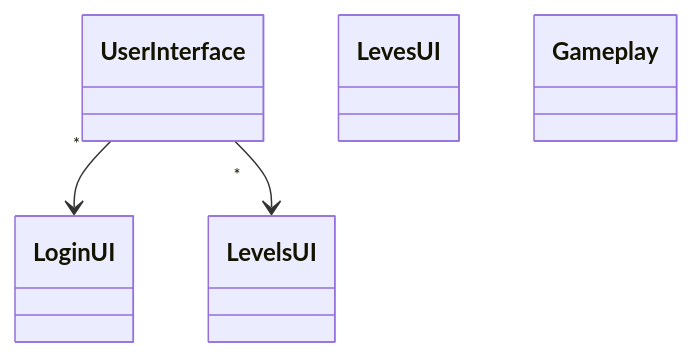
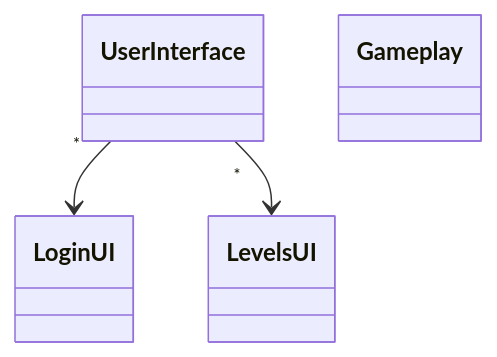
One commit to maritatsuko/ot-harjoitustyo changed the diagram in dokumentaatio/arkkitehtuuri.md. Above: the diagram before and after it, drawn with Mermaid.

````diff
--- a/dokumentaatio/arkkitehtuuri.md
+++ b/dokumentaatio/arkkitehtuuri.md
@@ -1,9 +1,9 @@
 ```mermaid
  classDiagram
       UserInterface "*" --> LoginUI
       UserInterface "*" --> LevelsUI
       class UserInterface
       class LoginUI
-      class LevesUI
+      class LevelsUI
       class Gameplay
 ```
````
